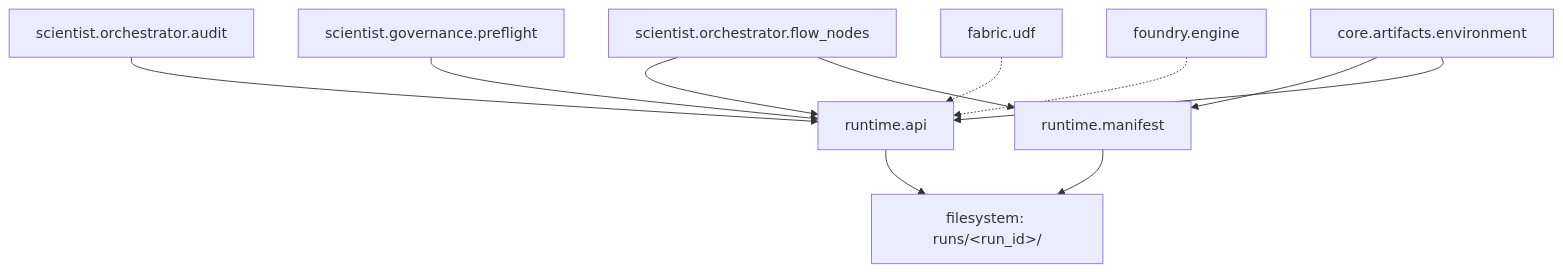
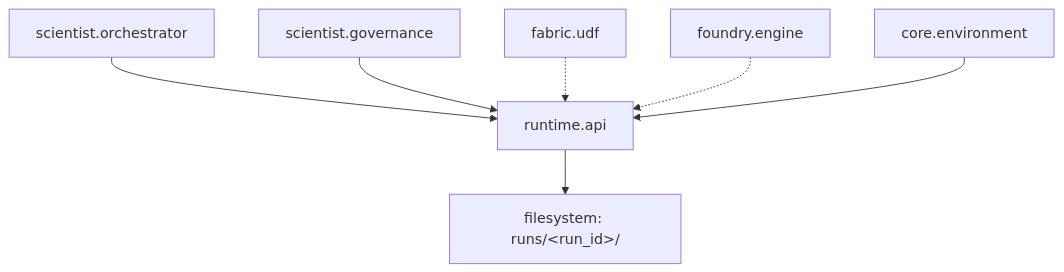
Before and after one commit to DenisKopylov/polisyos: the diagram in policy-engine/src/polisyos/runtime/README.md, drawn with Mermaid. The commit also changed other lines of this file and 67 other files, not shown here.

````diff
--- a/policy-engine/src/polisyos/runtime/README.md
+++ b/policy-engine/src/polisyos/runtime/README.md
@@ -833,13 +553,9 @@
 ```mermaid
 graph TD
-    A[scientist.orchestrator.flow_nodes] --> B[runtime.api]
-    A --> C[runtime.manifest]
-    D[scientist.orchestrator.audit] --> B
-    I[scientist.governance.preflight] --> B
-    B --> E[filesystem: runs/&lt;run_id&gt;/]
-    C --> E
-    F[fabric.udf] -.-> B
-    G[foundry.engine] -.-> B
-    H[core.artifacts.environment] --> C
-    H --> B
+    A[scientist.orchestrator] --> B[runtime.api]
+    C[scientist.governance] --> B
+    D[fabric.udf] -.-> B
+    E[foundry.engine] -.-> B
+    F[core.environment] --> B
+    B --> G[filesystem: runs/&lt;run_id&gt;/]
 ```
````
